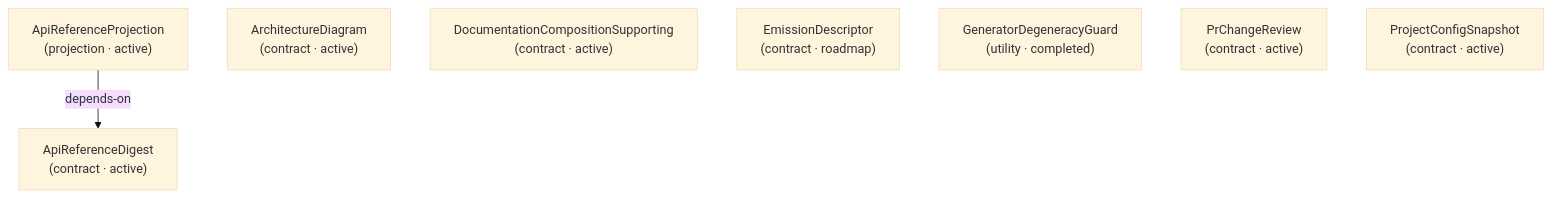
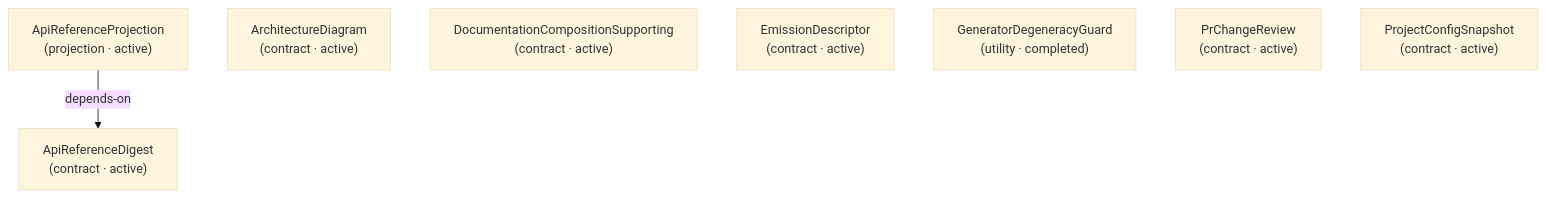
One commit to libar-dev/architect changed the sixth of 24 diagrams in docs-live/DESIGN-REVIEW.md. Above: the diagram before and after it, drawn with Mermaid (base theme). The commit also changed other lines of this file and 74 other files, not shown here.

````diff
--- a/docs-live/DESIGN-REVIEW.md
+++ b/docs-live/DESIGN-REVIEW.md
@@ -158,12 +158,12 @@
 ```mermaid
 graph TD
   apireferencedigest["ApiReferenceDigest<br/>(contract · active)"]
   apireferenceprojection["ApiReferenceProjection<br/>(projection · active)"]
   architecturediagram["ArchitectureDiagram<br/>(contract · active)"]
   documentationcompositionsupporting["DocumentationCompositionSupporting<br/>(contract · active)"]
-  emissiondescriptor["EmissionDescriptor<br/>(contract · roadmap)"]
+  emissiondescriptor["EmissionDescriptor<br/>(contract · active)"]
   generatordegeneracyguard["GeneratorDegeneracyGuard<br/>(utility · completed)"]
   prchangereview["PrChangeReview<br/>(contract · active)"]
   projectconfigsnapshot["ProjectConfigSnapshot<br/>(contract · active)"]
   apireferenceprojection -->|depends-on| apireferencedigest
 ```
````
